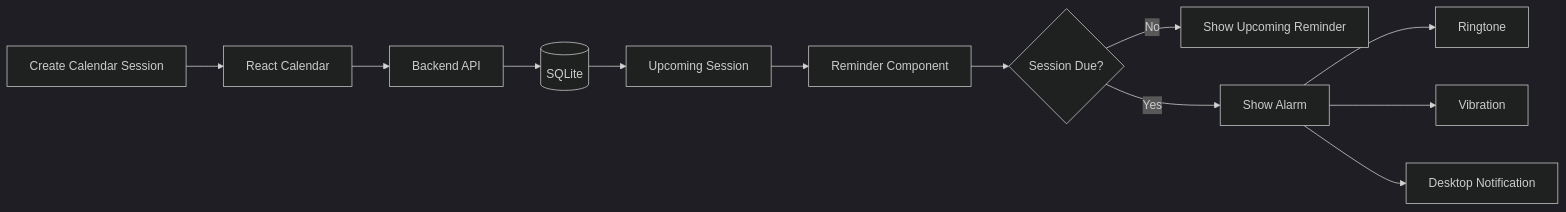
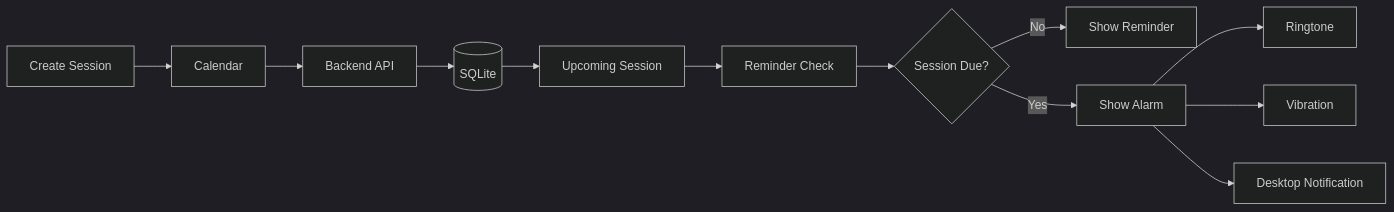
One commit to kushalshrestha303-web/BalanceBoard changed the seventh of 7 diagrams in README.md. Above: the diagram before and after it, drawn with Mermaid (dark theme). The commit also changed other lines of this file, not shown here.

````diff
--- a/README.md
+++ b/README.md
@@ -337,14 +304,14 @@
 ```mermaid
 flowchart LR
-    A[Create Calendar Session] --> B[React Calendar]
+    A[Create Session] --> B[Calendar]
     B --> C[Backend API]
     C --> D[(SQLite)]
     D --> E[Upcoming Session]
-    E --> F[Reminder Component]
+    E --> F[Reminder Check]
     F --> G{Session Due?}
-    G -- No --> H[Show Upcoming Reminder]
+    G -- No --> H[Show Reminder]
     G -- Yes --> I[Show Alarm]
     I --> J[Ringtone]
     I --> K[Vibration]
     I --> L[Desktop Notification]
 ```
````
